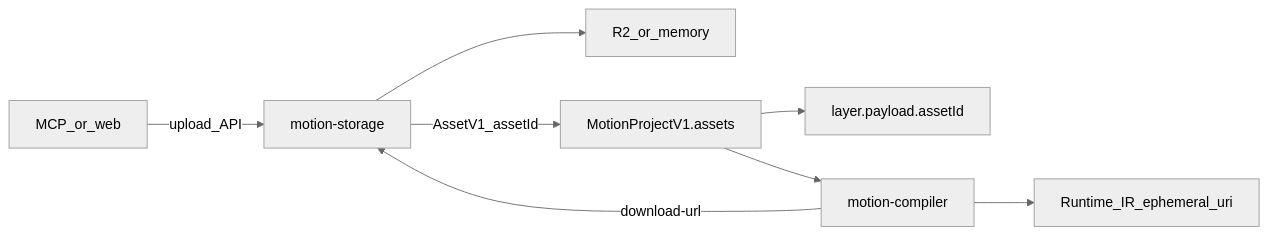
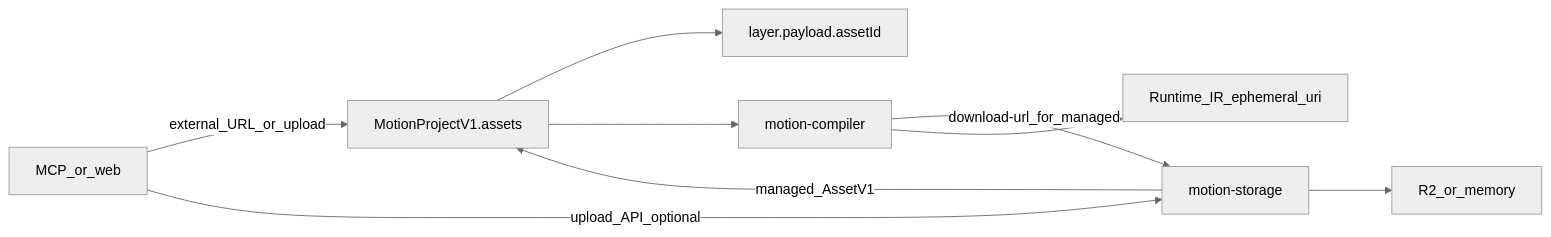
The diagram in docs/guide/asset-format-storage.md (mankhb2k/neonix-native), drawn with Mermaid (neutral theme) before and after one commit. The commit also changed other lines of this file and 150 other files, not shown here.

````diff
--- a/docs/guide/asset-format-storage.md
+++ b/docs/guide/asset-format-storage.md
@@ -13,10 +15,11 @@
 ```mermaid
 flowchart LR
-  Client[MCP_or_web] -->|upload_API| Storage[motion-storage]
+  Client[MCP_or_web] -->|external_URL_or_upload| Project[MotionProjectV1.assets]
+  Client -->|upload_API_optional| Storage[motion-storage]
   Storage --> R2[R2_or_memory]
-  Storage -->|AssetV1_assetId| Project[MotionProjectV1.assets]
+  Storage -->|managed_AssetV1| Project
   Project --> Layer[layer.payload.assetId]
   Project --> Compiler[motion-compiler]
-  Compiler -->|download-url| Storage
+  Compiler -->|download-url_for_managed| Storage
   Compiler --> Runtime[Runtime_IR_ephemeral_uri]
 ```
````
